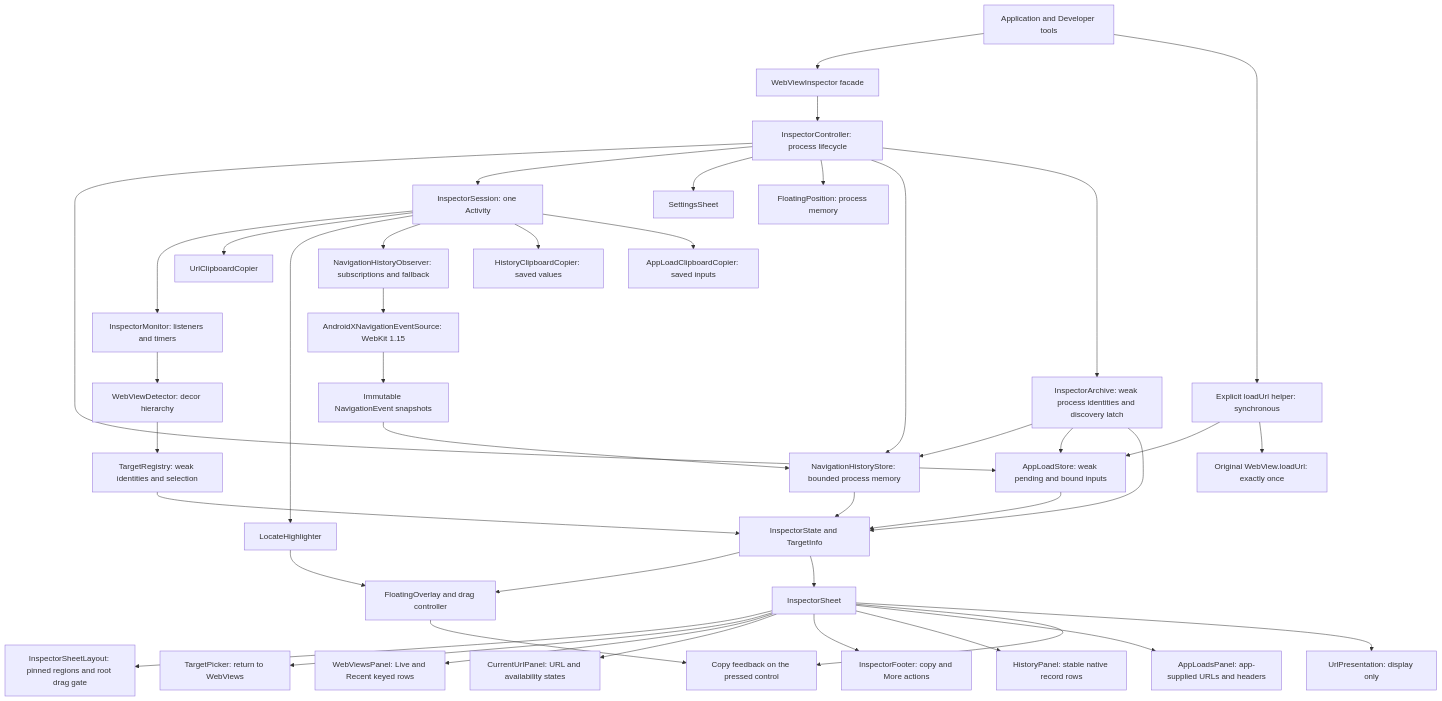
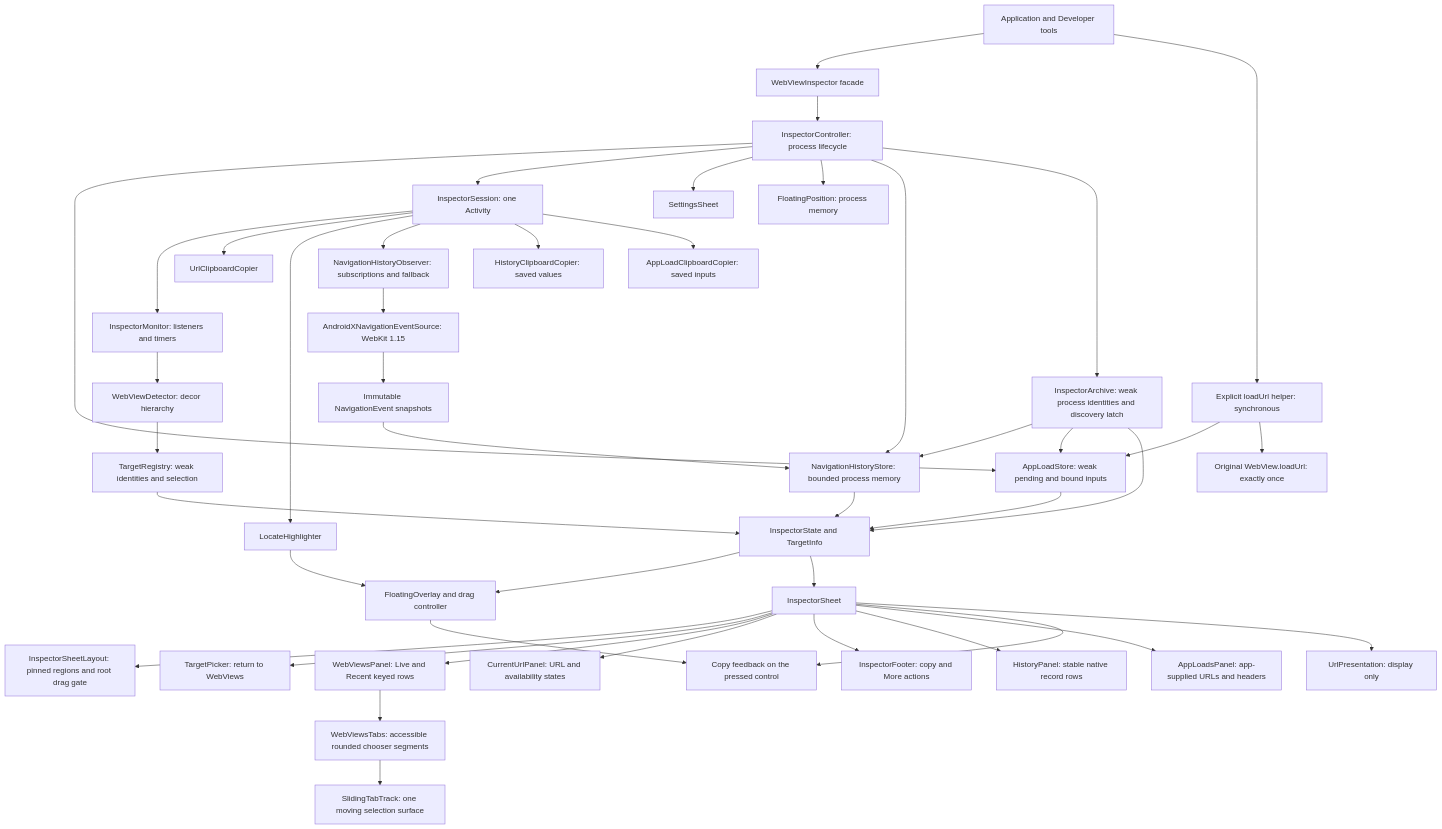
Before and after one commit to chinmaydash007/WebViewInspector: the first of 5 diagrams in webview-inspector/docs/ARCHITECTURE.md, drawn with Mermaid. The commit also changed other lines of this file and 12 other files, not shown here.

Commit message:
Polish Live and Recent tabs with sliding selection

````diff
--- a/webview-inspector/docs/ARCHITECTURE.md
+++ b/webview-inspector/docs/ARCHITECTURE.md
@@ -7,44 +7,46 @@
 ```mermaid
 flowchart TD
     App["Application and Developer tools"] --> API["WebViewInspector facade"]
     API --> Controller["InspectorController: process lifecycle"]
     App --> LoadHelper["Explicit loadUrl helper: synchronous"]
     LoadHelper --> CaptureStore["AppLoadStore: weak pending and bound inputs"]
     LoadHelper --> WebView["Original WebView.loadUrl: exactly once"]
     Controller --> CaptureStore
     Controller --> Session["InspectorSession: one Activity"]
     Controller --> Settings["SettingsSheet"]
     Controller --> Position["FloatingPosition: process memory"]
     Controller --> HistoryStore["NavigationHistoryStore: bounded process memory"]
     Controller --> Archive["InspectorArchive: weak process identities and discovery latch"]
     Archive --> HistoryStore
     Archive --> CaptureStore
     Archive --> Snapshot
     Session --> Monitor["InspectorMonitor: listeners and timers"]
     Monitor --> Detector["WebViewDetector: decor hierarchy"]
     Detector --> Registry["TargetRegistry: weak identities and selection"]
     Registry --> Snapshot["InspectorState and TargetInfo"]
     Snapshot --> Floating["FloatingOverlay and drag controller"]
     Snapshot --> Sheet["InspectorSheet"]
     Session --> Copier["UrlClipboardCopier"]
     Session --> Locate["LocateHighlighter"]
     Session --> Observer["NavigationHistoryObserver: subscriptions and fallback"]
     Observer --> Adapter["AndroidXNavigationEventSource: WebKit 1.15"]
     Adapter --> Events["Immutable NavigationEvent snapshots"]
     Events --> HistoryStore
     HistoryStore --> Snapshot
     Sheet --> Layout["InspectorSheetLayout: pinned regions and root drag gate"]
     Sheet --> Picker["TargetPicker: return to WebViews"]
     Sheet --> Chooser["WebViewsPanel: Live and Recent keyed rows"]
+    Chooser --> ChooserTabs["WebViewsTabs: accessible rounded chooser segments"]
+    ChooserTabs --> SlidingTrack["SlidingTabTrack: one moving selection surface"]
     Sheet --> Current["CurrentUrlPanel: URL and availability states"]
     Sheet --> Footer["InspectorFooter: copy and More actions"]
     Sheet --> HistoryPanel["HistoryPanel: stable native record rows"]
     CaptureStore --> Snapshot
     Sheet --> LoadsPanel["AppLoadsPanel: app-supplied URLs and headers"]
     Session --> HistoryCopy["HistoryClipboardCopier: saved values"]
     Session --> AppLoadCopy["AppLoadClipboardCopier: saved inputs"]
     Floating --> CopyFeedback["Copy feedback on the pressed control"]
     Sheet --> CopyFeedback
     Locate --> Floating
     Sheet --> Presentation["UrlPresentation: display only"]
 ```
````
